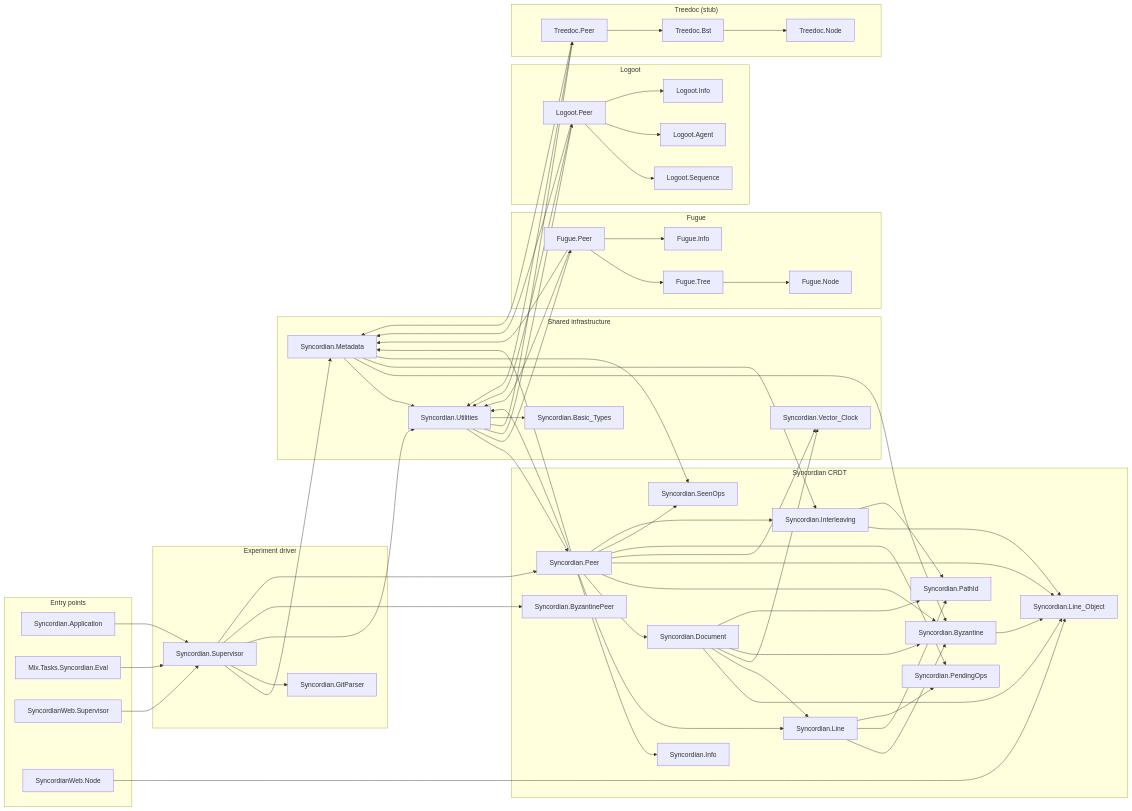
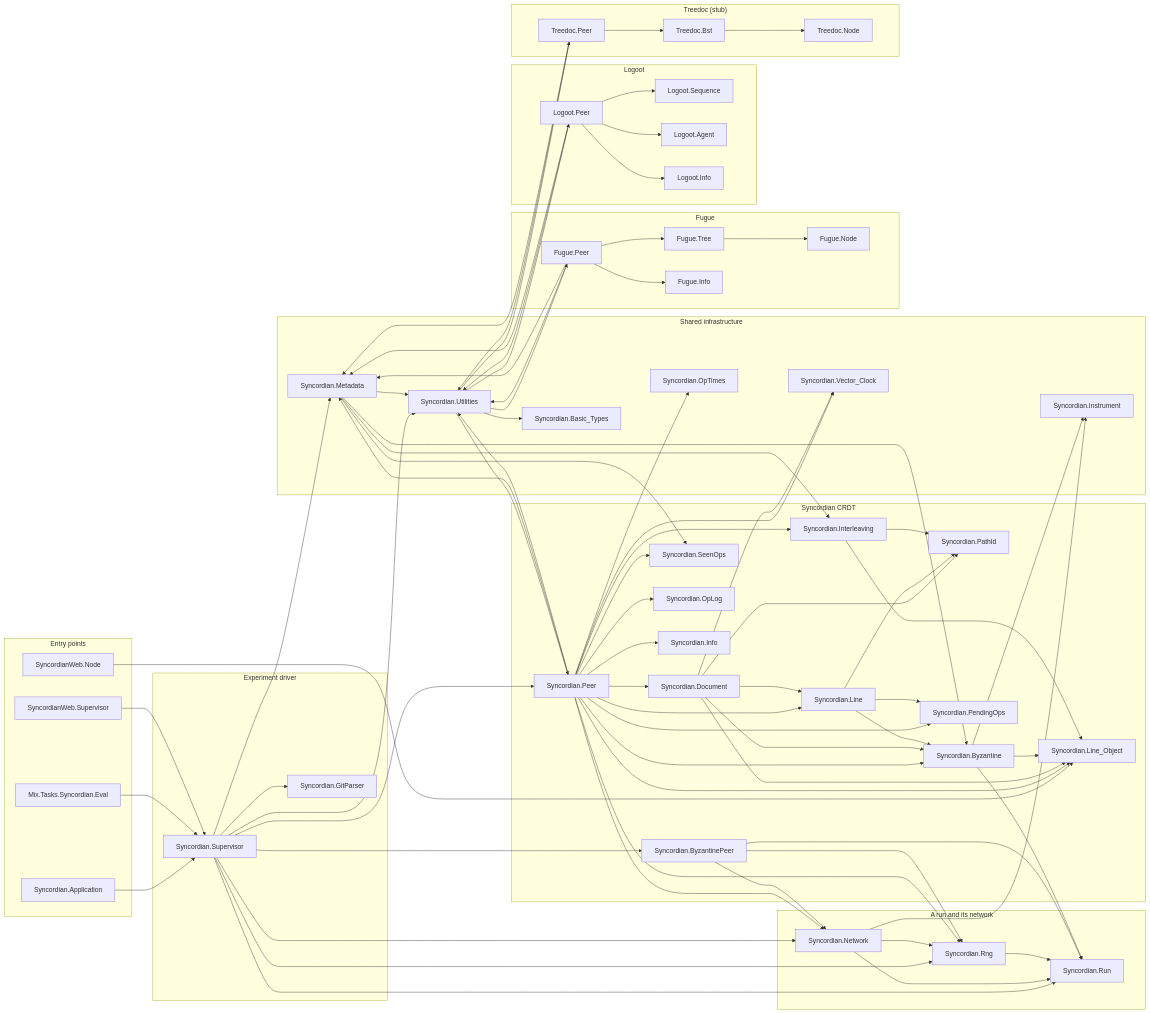
Before and after one commit to Masanar/Syncordian: the diagram in README.md, drawn with Mermaid. The commit also changed other lines of this file and 27 other files, not shown here.

````diff
--- a/README.md
+++ b/README.md
@@ -295,60 +370,73 @@
 ```mermaid
 flowchart LR
   subgraph Entry["Entry points"]
     App[Syncordian.Application]
     Eval[Mix.Tasks.Syncordian.Eval]
     WSup[SyncordianWeb.Supervisor]
     WNode[SyncordianWeb.Node]
   end
   subgraph Driver["Experiment driver"]
     Sup[Syncordian.Supervisor]
     GP[Syncordian.GitParser]
   end
   subgraph Core["Syncordian CRDT"]
     Peer[Syncordian.Peer]
     Doc[Syncordian.Document]
     Line[Syncordian.Line]
     LObj[Syncordian.Line_Object]
     PathId[Syncordian.PathId]
     Byz[Syncordian.Byzantine]
     BPeer[Syncordian.ByzantinePeer]
     Intl[Syncordian.Interleaving]
     Pend[Syncordian.PendingOps]
     Seen[Syncordian.SeenOps]
+    OpLog[Syncordian.OpLog]
     Info[Syncordian.Info]
   end
   subgraph Infra["Shared infrastructure"]
     Util[Syncordian.Utilities]
     Meta[Syncordian.Metadata]
     VC[Syncordian.Vector_Clock]
     Types[Syncordian.Basic_Types]
+    Instr[Syncordian.Instrument]
+    OpT[Syncordian.OpTimes]
+  end
+  subgraph RunCfg["A run and its network"]
+    RunM[Syncordian.Run]
+    RngM[Syncordian.Rng]
+    Net[Syncordian.Network]
   end
   subgraph Fugue["Fugue"]
     FP[Fugue.Peer] --> FT[Fugue.Tree] --> FN[Fugue.Node]
     FP --> FI[Fugue.Info]
   end
   subgraph Logoot["Logoot"]
     LP[Logoot.Peer] --> LS[Logoot.Sequence]
     LP --> LA[Logoot.Agent]
     LP --> LI[Logoot.Info]
   end
   subgraph Treedoc["Treedoc (stub)"]
     TP[Treedoc.Peer] --> TB[Treedoc.Bst] --> TN[Treedoc.Node]
   end
 
   App --> Sup
   Eval --> Sup
   WSup --> Sup
   WNode --> LObj
-  Sup --> Meta & GP & Util & BPeer & Peer
+  Sup --> Meta & GP & Util & BPeer & Peer & RunM & Net & RngM
   Peer --> Meta & Info & Line & Doc & Byz & LObj & Util & VC & Pend & Seen & Intl
+  Peer --> Net & RngM & OpLog & OpT
+  BPeer --> Net & RngM & RunM
+  Net --> RunM & RngM & Instr
+  RngM --> RunM
+  Byz --> RunM & Instr
   Doc --> LObj & Line & VC & Byz & PathId
   Line --> Byz & PathId & Pend
   Byz --> LObj
   Intl --> LObj & PathId
   Util --> Peer & FP & LP & TP & Types
   Meta --> Util & Byz & Intl & Seen
   FP --> Util & Meta
   LP --> Util & Meta
   TP --> Util & Meta
 ```
````
